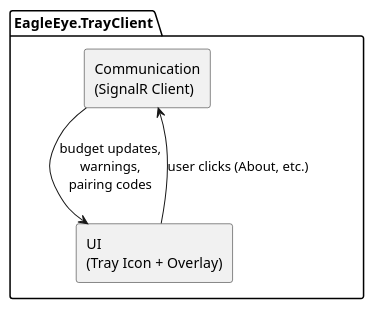
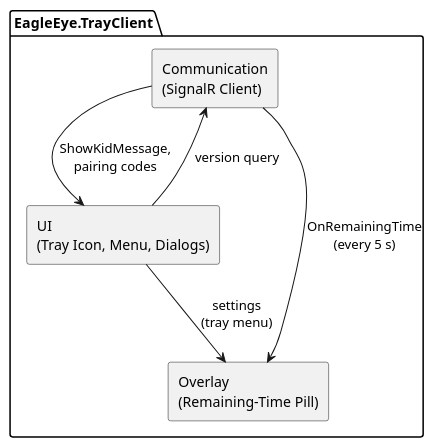
The sixth of 17 diagrams in 02_Implementation/docs/architecture/arc42/system-architecture.md (adlemich/EagleEye), drawn with PlantUML before and after one commit. The commit also changed other lines of this file and 2 other files, not shown here.

First line of the commit message:
Architecture docs: US-010 written into arc42, implementation status of unbuilt design

````diff
--- a/02_Implementation/docs/architecture/arc42/system-architecture.md
+++ b/02_Implementation/docs/architecture/arc42/system-architecture.md
@@ -389,13 +393,16 @@
 ```plantuml
 @startuml EagleEye TrayClient Level 2
 skinparam componentStyle rectangle
 
 package "EagleEye.TrayClient" {
   component [Communication\n(SignalR Client)] as TC_COMM
-  component [UI\n(Tray Icon + Overlay)] as TC_UI
+  component [UI\n(Tray Icon, Menu, Dialogs)] as TC_UI
+  component [Overlay\n(Remaining-Time Pill)] as TC_OV
 }
 
-TC_COMM --> TC_UI : budget updates,\nwarnings,\npairing codes
-TC_UI --> TC_COMM : user clicks (About, etc.)
+TC_COMM --> TC_OV : OnRemainingTime\n(every 5 s)
+TC_COMM --> TC_UI : ShowKidMessage,\npairing codes
+TC_UI --> TC_OV : settings\n(tray menu)
+TC_UI --> TC_COMM : version query
 @enduml
 ```
````
